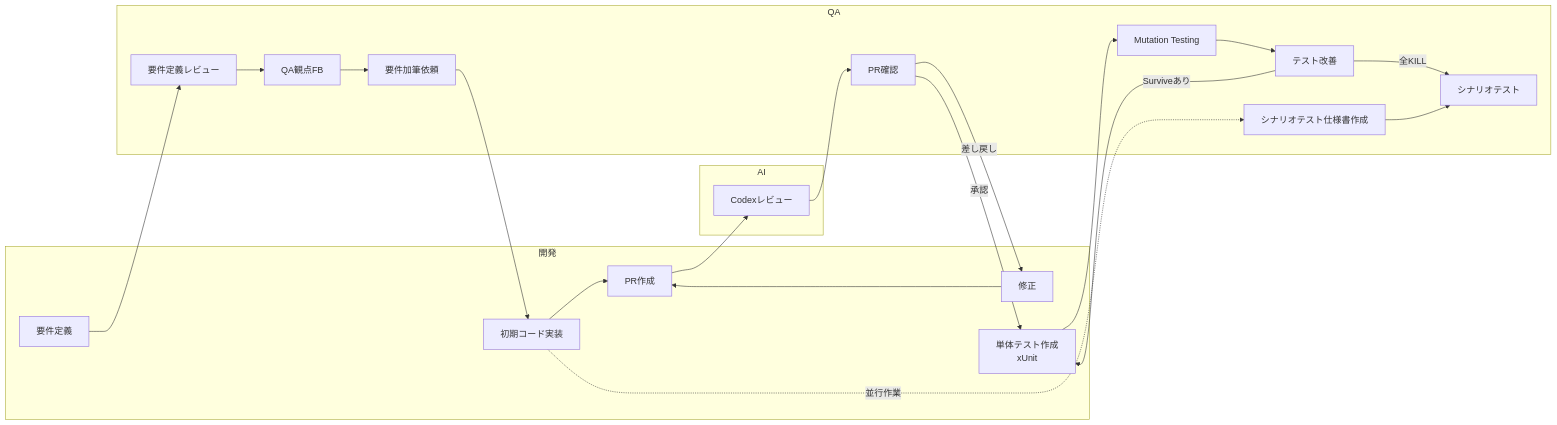
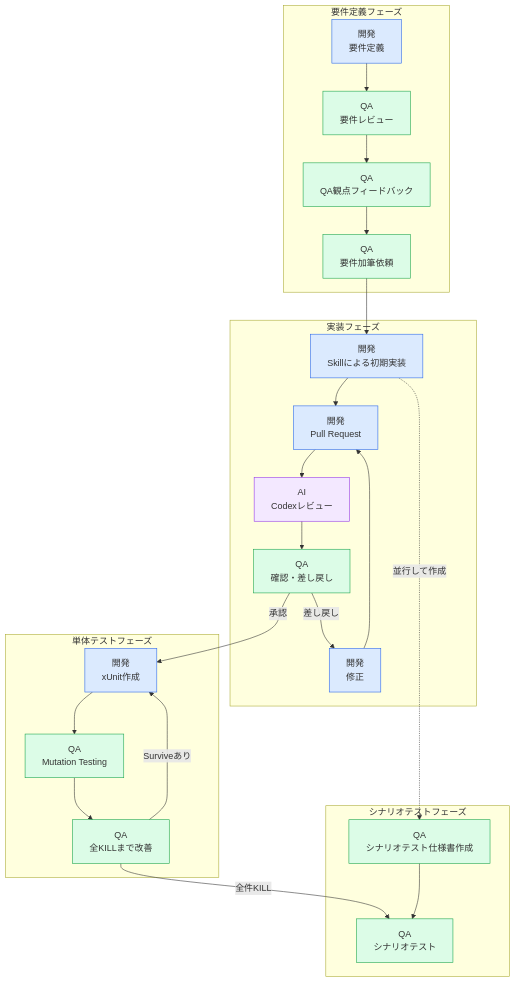
Before and after one commit to kamoshicka/ShiftLeft: the diagram in README.md, drawn with Mermaid.

````diff
--- a/README.md
+++ b/README.md
@@ -1,44 +1,53 @@
 ```mermaid
-flowchart LR
+flowchart TB
 
-subgraph 開発
-    D1[要件定義]
-    D2[初期コード実装]
-    D3[PR作成]
-    D4[修正]
-    D5[単体テスト作成<br/>xUnit]
-end
+    subgraph 要件定義フェーズ
+        D1[開発<br>要件定義]
+        Q1[QA<br>要件レビュー]
+        Q2[QA<br>QA観点フィードバック]
+        Q3[QA<br>要件加筆依頼]
 
-subgraph AI
-    A1[Codexレビュー]
-end
+        D1 --> Q1 --> Q2 --> Q3
+    end
 
-subgraph QA
-    Q1[要件定義レビュー]
-    Q2[QA観点FB]
-    Q3[要件加筆依頼]
-    Q4[PR確認]
-    Q5[Mutation Testing]
-    Q6[テスト改善]
-    Q7[シナリオテスト仕様書作成]
-    Q8[シナリオテスト]
-end
+    subgraph 実装フェーズ
+        D2[開発<br>Skillによる初期実装]
+        D3[開発<br>Pull Request]
+        A1[AI<br>Codexレビュー]
+        Q4[QA<br>確認・差し戻し]
+        D4[開発<br>修正]
 
-D1 --> Q1
-Q1 --> Q2
-Q2 --> Q3
-Q3 --> D2
-D2 --> D3
-D3 --> A1
-A1 --> Q4
-Q4 -->|差し戻し| D4
-D4 --> D3
-Q4 -->|承認| D5
-D5 --> Q5
-Q5 --> Q6
-Q6 -->|Surviveあり| D5
-Q6 -->|全KILL| Q8
+        D2 --> D3 --> A1 --> Q4
+        Q4 -->|差し戻し| D4
+        D4 --> D3
+    end
 
-D2 -.並行作業.-> Q7
-Q7 --> Q8
+    subgraph 単体テストフェーズ
+        D5[開発<br>xUnit作成]
+        Q5[QA<br>Mutation Testing]
+        Q6[QA<br>全KILLまで改善]
+
+        D5 --> Q5 --> Q6
+        Q6 -->|Surviveあり| D5
+    end
+
+    subgraph シナリオテストフェーズ
+        Q7[QA<br>シナリオテスト仕様書作成]
+        Q8[QA<br>シナリオテスト]
+    end
+
+    Q3 --> D2
+    Q4 -->|承認| D5
+    Q6 -->|全件KILL| Q8
+
+    D2 -.並行して作成.-> Q7
+    Q7 --> Q8
+
+    classDef dev fill:#dbeafe,stroke:#2563eb
+    classDef qa fill:#dcfce7,stroke:#16a34a
+    classDef ai fill:#f3e8ff,stroke:#9333ea
+
+    class D1,D2,D3,D4,D5 dev
+    class Q1,Q2,Q3,Q4,Q5,Q6,Q7,Q8 qa
+    class A1 ai
 ```
````
